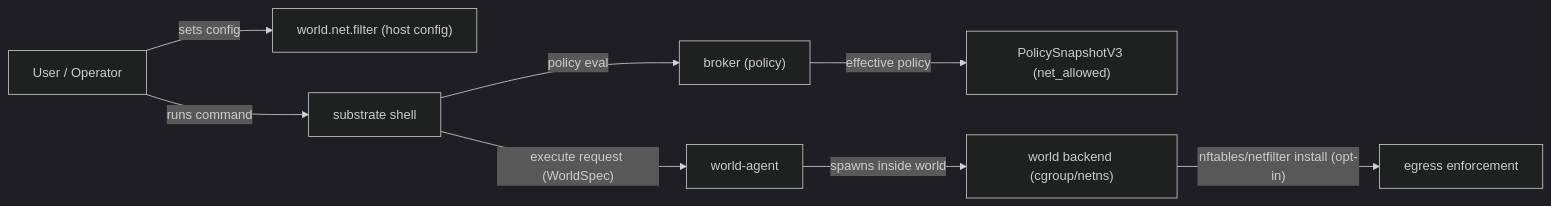
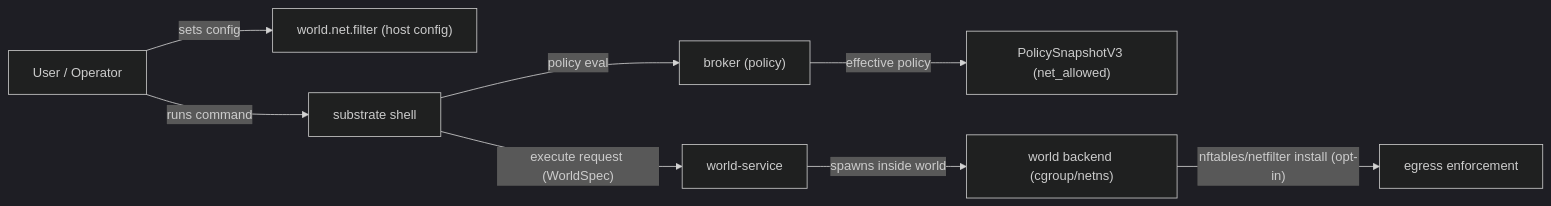
One commit to atomize-hq/substrate changed the first of 3 diagrams in docs/project_management/packs/implemented/opt_in_world_netfilter_enforcement_v1_seams/review_surfaces.md. Above: the diagram before and after it, drawn with Mermaid (dark theme). The commit also changed other lines of this file and 590 other files, not shown here.

````diff
--- a/docs/project_management/packs/implemented/opt_in_world_netfilter_enforcement_v1_seams/review_surfaces.md
+++ b/docs/project_management/packs/implemented/opt_in_world_netfilter_enforcement_v1_seams/review_surfaces.md
@@ -10,10 +10,10 @@
 ```mermaid
 flowchart LR
   U["User / Operator"] -->|"sets config"| CFG["world.net.filter (host config)"]
   U -->|"runs command"| SH["substrate shell"]
   SH -->|"policy eval"| BR["broker (policy)"]
   BR -->|"effective policy"| SNAP["PolicySnapshotV3 (net_allowed)"]
-  SH -->|"execute request (WorldSpec)"| WA["world-agent"]
+  SH -->|"execute request (WorldSpec)"| WA["world-service"]
   WA -->|"spawns inside world"| W["world backend (cgroup/netns)"]
   W -->|"nftables/netfilter install (opt-in)"| NF["egress enforcement"]
 ```
````
